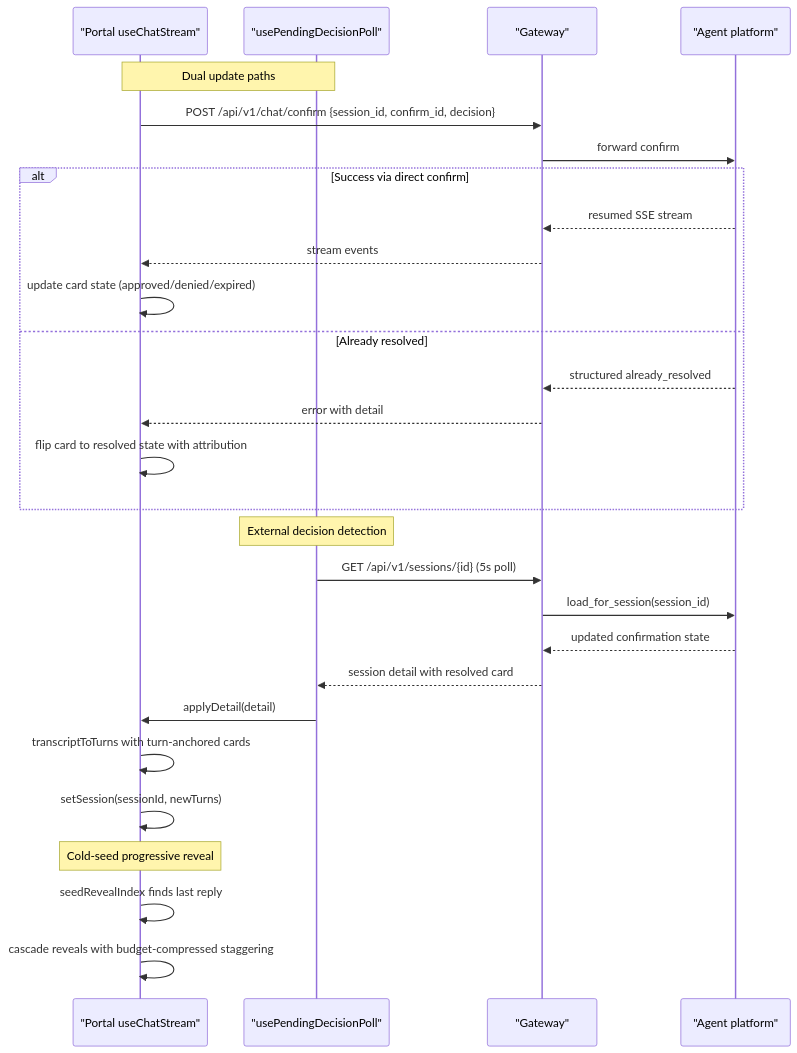
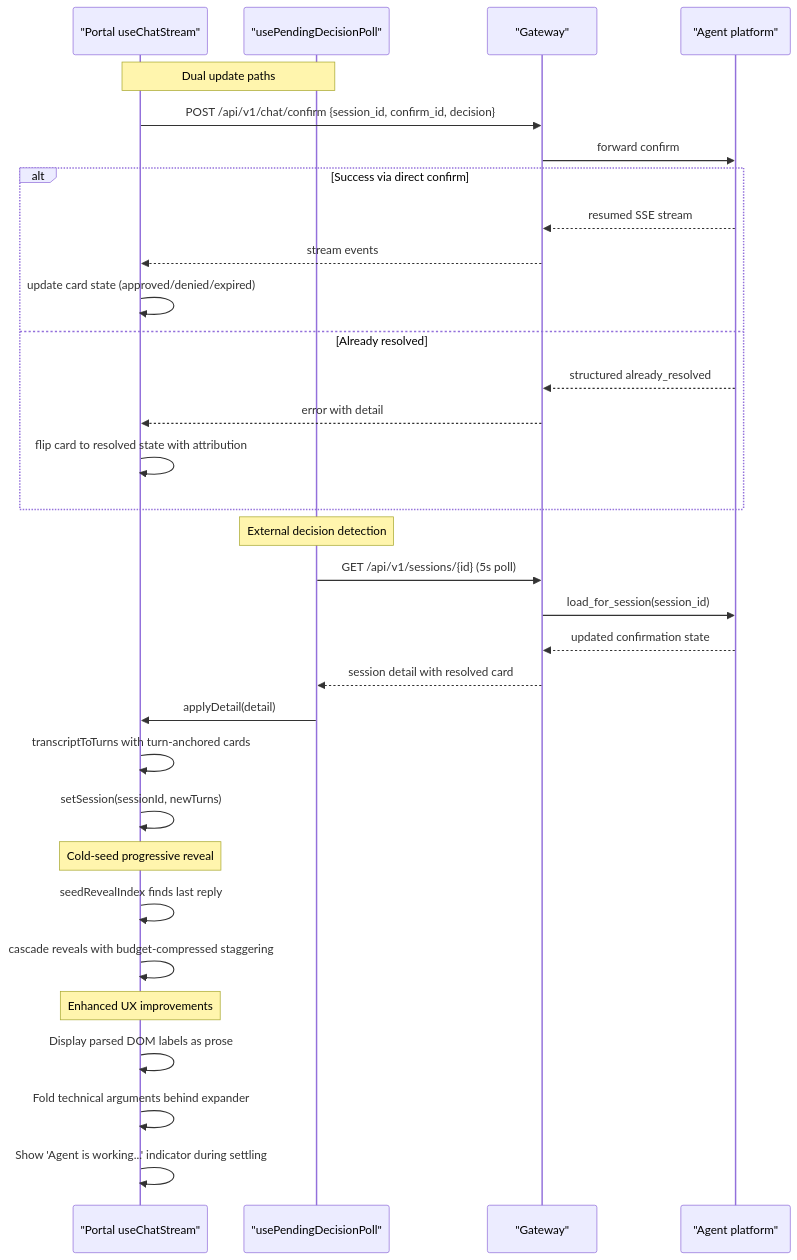
One commit to metasync/luban-aiops changed diagram 12 of 13 in .qoder/repowiki/en/content/Architecture Documentation/SPEC-031_ Approval Inbox and Persistent Confirmation Cards.md. Above: the diagram before and after it, drawn with Mermaid. The commit also changed other lines of this file and 6 other files, not shown here.

````diff
--- a/.qoder/repowiki/en/content/Architecture Documentation/SPEC-031_ Approval Inbox and Persistent Confirmation Cards.md
+++ b/.qoder/repowiki/en/content/Architecture Documentation/SPEC-031_ Approval Inbox and Persistent Confirmation Cards.md
@@ -474,30 +533,34 @@
 ```mermaid
 sequenceDiagram
 participant Portal as "Portal useChatStream"
 participant PollHook as "usePendingDecisionPoll"
 participant Gateway as "Gateway"
 participant Agent as "Agent platform"
 Note over Portal,PollHook : Dual update paths
 Portal->>Gateway : POST /api/v1/chat/confirm {session_id, confirm_id, decision}
 Gateway->>Agent : forward confirm
 alt Success via direct confirm
 Agent-->>Gateway : resumed SSE stream
 Gateway-->>Portal : stream events
 Portal->>Portal : update card state (approved/denied/expired)
 else Already resolved
 Agent-->>Gateway : structured already_resolved
 Gateway-->>Portal : error with detail
 Portal->>Portal : flip card to resolved state with attribution
 end
 Note over PollHook : External decision detection
 PollHook->>Gateway : GET /api/v1/sessions/{id} (5s poll)
 Gateway->>Agent : load_for_session(session_id)
 Agent-->>Gateway : updated confirmation state
 Gateway-->>PollHook : session detail with resolved card
 PollHook->>Portal : applyDetail(detail)
 Portal->>Portal : transcriptToTurns with turn-anchored cards
 Portal->>Portal : setSession(sessionId, newTurns)
 Note over Portal : Cold-seed progressive reveal
 Portal->>Portal : seedRevealIndex finds last reply
 Portal->>Portal : cascade reveals with budget-compressed staggering
+Note over Portal : Enhanced UX improvements
+Portal->>Portal : Display parsed DOM labels as prose
+Portal->>Portal : Fold technical arguments behind expander
+Portal->>Portal : Show 'Agent is working...' indicator during settling
 ```
````
